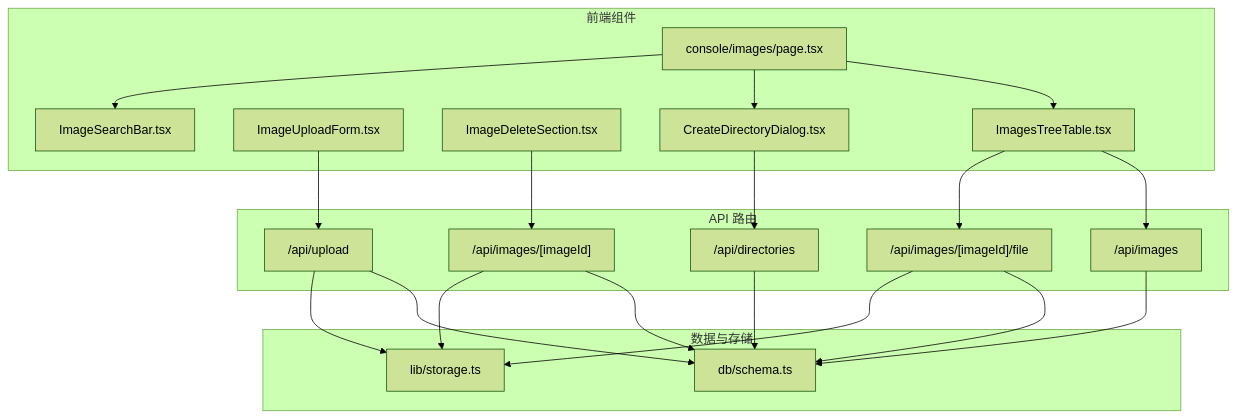
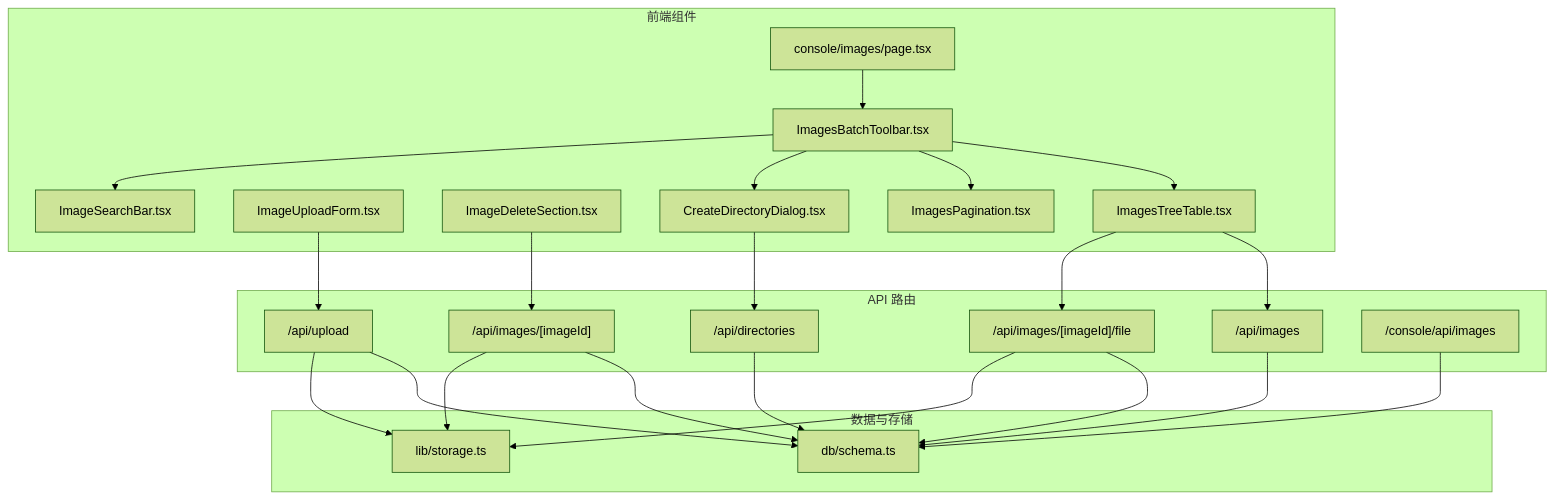
Before and after one commit to pnnh/weable: the first of 10 diagrams in .qoder/repowiki/zh/content/功能特性/图片管理/图片管理.md, drawn with Mermaid (forest theme). The commit also changed other lines of this file and 154 other files, not shown here.

````diff
--- a/.qoder/repowiki/zh/content/功能特性/图片管理/图片管理.md
+++ b/.qoder/repowiki/zh/content/功能特性/图片管理/图片管理.md
@@ -53,38 +67,44 @@
 ```mermaid
 graph TB
 subgraph "前端组件"
 A["ImagesTreeTable.tsx"]
 B["ImageUploadForm.tsx"]
 C["ImageDeleteSection.tsx"]
 D["CreateDirectoryDialog.tsx"]
 E["ImageSearchBar.tsx"]
-F["console/images/page.tsx"]
+F["ImagesPagination.tsx"]
+G["ImagesBatchToolbar.tsx"]
+H["console/images/page.tsx"]
 end
 subgraph "API 路由"
-G["/api/upload"]
-H["/api/images"]
-I["/api/images/[imageId]"]
-J["/api/images/[imageId]/file"]
-K["/api/directories"]
+I["/api/upload"]
+J["/api/images"]
+K["/api/images/[imageId]"]
+L["/api/images/[imageId]/file"]
+M["/api/directories"]
+N["/console/api/images"]
 end
 subgraph "数据与存储"
-L["db/schema.ts"]
-M["lib/storage.ts"]
+O["db/schema.ts"]
+P["lib/storage.ts"]
 end
-F --> A
-F --> D
-F --> E
-B --> G
-A --> H
+H --> G
+G --> A
+G --> F
+G --> D
+G --> E
+B --> I
 A --> J
-C --> I
-D --> K
-G --> L
-G --> M
-H --> L
-I --> L
-I --> M
-J --> L
-J --> M
-K --> L
+A --> L
+C --> K
+D --> M
+I --> O
+I --> P
+J --> O
+K --> O
+K --> P
+L --> O
+L --> P
+M --> O
+N --> O
 ```
````
